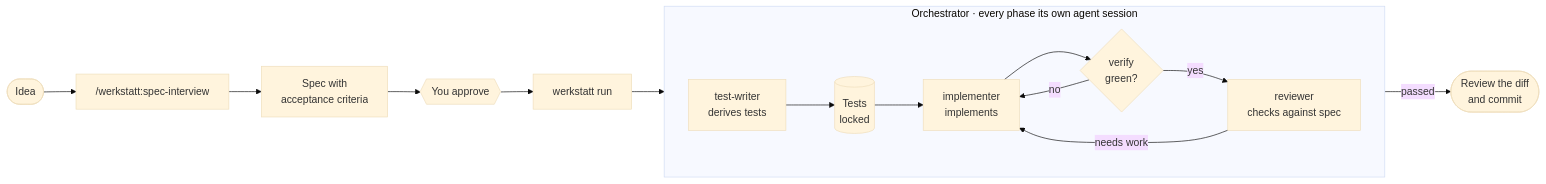
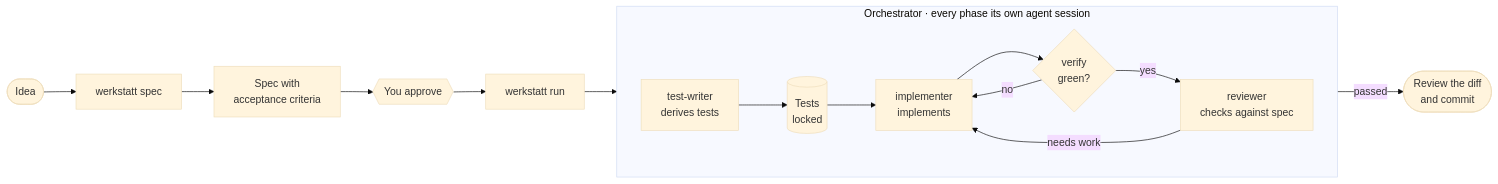
One commit to niklas-enns/werkstatt changed the diagram in README.md. Above: the diagram before and after it, drawn with Mermaid (base theme). The commit also changed other lines of this file and 14 other files, not shown here.

First line of the commit message:
One entry point: werkstatt init and werkstatt spec in the orchestrator

````diff
--- a/README.md
+++ b/README.md
@@ -32,20 +32,20 @@
 ```mermaid
 flowchart LR
-    idea([Idea]) --> interview["/werkstatt:spec-interview"]
+    idea([Idea]) --> interview["werkstatt spec"]
     interview --> spec[Spec with<br/>acceptance criteria]
     spec --> release{{You approve}}
     release --> run["werkstatt run"]
 
     subgraph run_box [Orchestrator · every phase its own agent session]
         direction LR
         tests[test-writer<br/>derives tests] --> lock[(Tests<br/>locked)]
         lock --> impl[implementer<br/>implements]
         impl --> verify{verify<br/>green?}
         verify -- no --> impl
         verify -- yes --> review[reviewer<br/>checks against spec]
         review -- needs work --> impl
     end
 
     run --> tests
     review -- passed --> done([Review the diff<br/>and commit])
 ```
````
